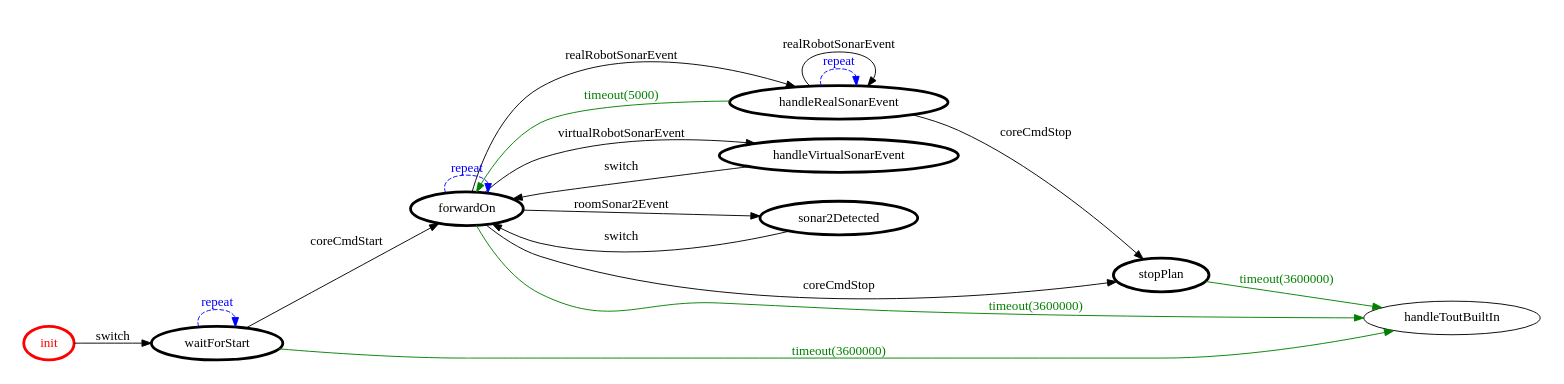
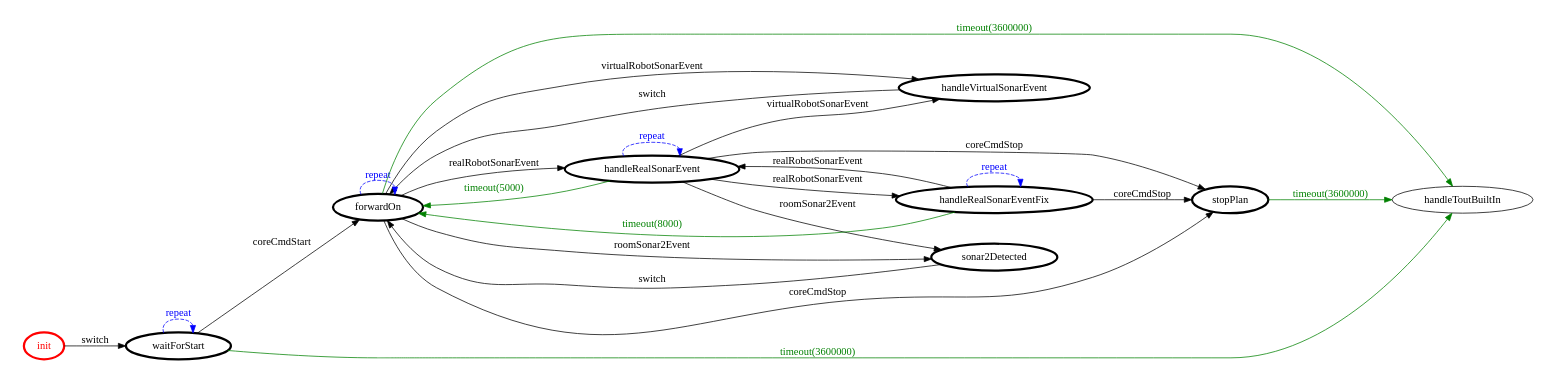
One commit to FraGio/iss2018 changed the diagram in it.unibo.projectRobot/srcMore/it/unibo/movecorelogic/movecorelogic.gv. Above: the diagram before and after it, drawn with Graphviz. The commit also changed 55 other files, not shown here.

```diff
--- a/it.unibo.projectRobot/srcMore/it/unibo/movecorelogic/movecorelogic.gv
+++ b/it.unibo.projectRobot/srcMore/it/unibo/movecorelogic/movecorelogic.gv
@@ -1,37 +1,44 @@
 /*
 *
 * A GraphViz DOT FSM description 
 * Please use a GraphViz visualizer (like http://www.webgraphviz.com)
 *  
 */
 
 digraph finite_state_machine {
 	rankdir=LR
 	size="8,5"
 	
 	init [ color = red ][ fontcolor = red ][ penwidth = 3 ]
 	handleRealSonarEvent [ color = black ][ fontcolor = black ][ penwidth = 3 ]
 	handleVirtualSonarEvent [ color = black ][ fontcolor = black ][ penwidth = 3 ]
 	sonar2Detected [ color = black ][ fontcolor = black ][ penwidth = 3 ]
+	handleRealSonarEventFix [ color = black ][ fontcolor = black ][ penwidth = 3 ]
 	waitForStart [ color = black ][ fontcolor = black ][ penwidth = 3 ]
 	forwardOn [ color = black ][ fontcolor = black ][ penwidth = 3 ]
 	stopPlan [ color = black ][ fontcolor = black ][ penwidth = 3 ]
 	
 	handleRealSonarEvent -> forwardOn [ label = "timeout(5000)" ][ color = green ][ fontcolor = green ]
 	sonar2Detected -> forwardOn [ label = "switch" ][ color = black ][ fontcolor = black ]
+	handleRealSonarEvent -> handleVirtualSonarEvent [ label = "virtualRobotSonarEvent" ][ color = black ][ fontcolor = black ]
 	waitForStart -> handleToutBuiltIn [ label = "timeout(3600000)" ][ color = green ][ fontcolor = green ]
 	handleVirtualSonarEvent -> forwardOn [ label = "switch" ][ color = black ][ fontcolor = black ]
+	handleRealSonarEventFix -> forwardOn [ label = "timeout(8000)" ][ color = green ][ fontcolor = green ]
+	handleRealSonarEventFix -> handleRealSonarEventFix [ label = "repeat "][ style = dashed ][ color = blue ][ fontcolor = blue ]
 	stopPlan -> handleToutBuiltIn [ label = "timeout(3600000)" ][ color = green ][ fontcolor = green ]
+	handleRealSonarEvent -> sonar2Detected [ label = "roomSonar2Event" ][ color = black ][ fontcolor = black ]
 	waitForStart -> forwardOn [ label = "coreCmdStart" ][ color = black ][ fontcolor = black ]
 	forwardOn -> handleToutBuiltIn [ label = "timeout(3600000)" ][ color = green ][ fontcolor = green ]
+	handleRealSonarEventFix -> stopPlan [ label = "coreCmdStop" ][ color = black ][ fontcolor = black ]
 	handleRealSonarEvent -> stopPlan [ label = "coreCmdStop" ][ color = black ][ fontcolor = black ]
 	forwardOn -> stopPlan [ label = "coreCmdStop" ][ color = black ][ fontcolor = black ]
 	forwardOn -> handleVirtualSonarEvent [ label = "virtualRobotSonarEvent" ][ color = black ][ fontcolor = black ]
+	handleRealSonarEvent -> handleRealSonarEventFix [ label = "realRobotSonarEvent" ][ color = black ][ fontcolor = black ]
 	waitForStart -> waitForStart [ label = "repeat "][ style = dashed ][ color = blue ][ fontcolor = blue ]
 	forwardOn -> handleRealSonarEvent [ label = "realRobotSonarEvent" ][ color = black ][ fontcolor = black ]
 	forwardOn -> forwardOn [ label = "repeat "][ style = dashed ][ color = blue ][ fontcolor = blue ]
 	init -> waitForStart [ label = "switch" ][ color = black ][ fontcolor = black ]
 	handleRealSonarEvent -> handleRealSonarEvent [ label = "repeat "][ style = dashed ][ color = blue ][ fontcolor = blue ]
 	forwardOn -> sonar2Detected [ label = "roomSonar2Event" ][ color = black ][ fontcolor = black ]
-	handleRealSonarEvent -> handleRealSonarEvent [ label = "realRobotSonarEvent" ][ color = black ][ fontcolor = black ]
+	handleRealSonarEventFix -> handleRealSonarEvent [ label = "realRobotSonarEvent" ][ color = black ][ fontcolor = black ]
 }
```
